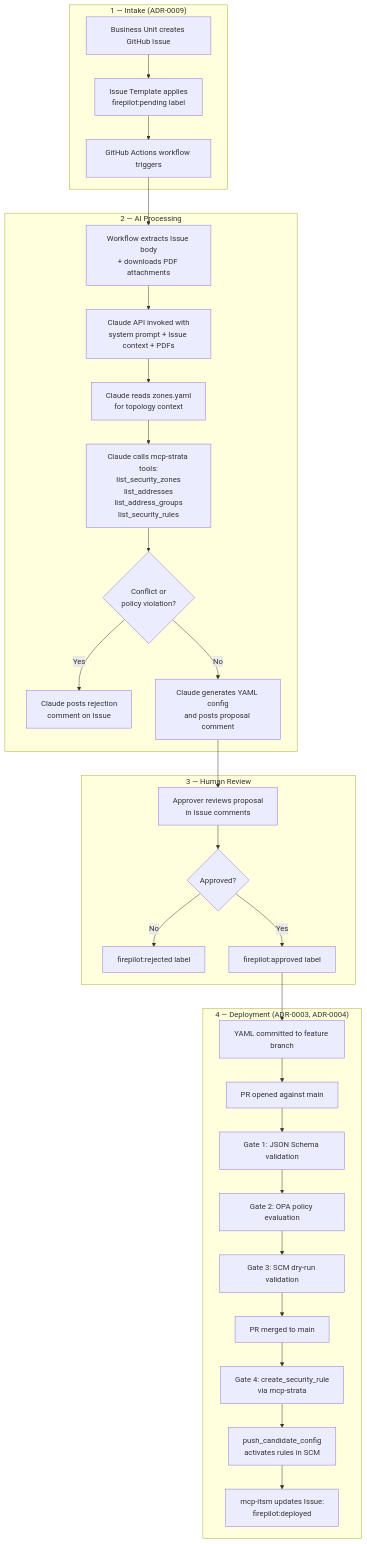
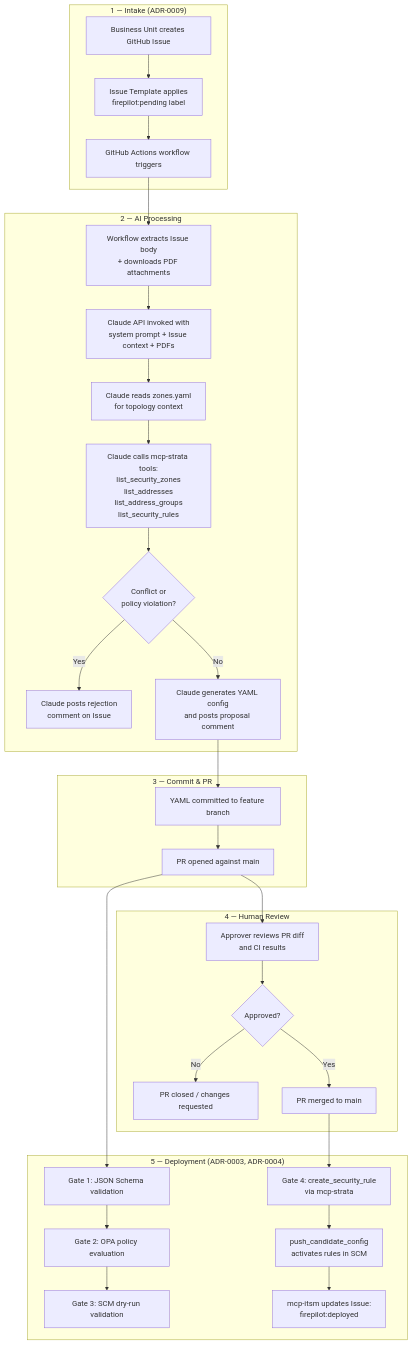
The third of 7 diagrams in docs/architecture.md (t11z/firepilot), drawn with Mermaid before and after one commit. The commit also changed other lines of this file and 10 other files, not shown here.

First line of the commit message:
feat(ci): implement ADR-0010 — eliminate comment-based approval gate

````diff
--- a/docs/architecture.md
+++ b/docs/architecture.md
@@ -116,36 +116,38 @@
 ```mermaid
 flowchart TD
     subgraph Intake ["1 — Intake (ADR-0009)"]
         A[Business Unit creates GitHub Issue] --> B[Issue Template applies<br>firepilot:pending label]
         B --> C[GitHub Actions workflow triggers]
     end
 
     subgraph Processing ["2 — AI Processing"]
         C --> D[Workflow extracts Issue body<br>+ downloads PDF attachments]
         D --> E[Claude API invoked with<br>system prompt + Issue context + PDFs]
         E --> F[Claude reads zones.yaml<br>for topology context]
         F --> G[Claude calls mcp-strata tools:<br>list_security_zones<br>list_addresses<br>list_address_groups<br>list_security_rules]
         G --> H{Conflict or<br>policy violation?}
         H -- Yes --> I[Claude posts rejection<br>comment on Issue]
         H -- No --> J[Claude generates YAML config<br>and posts proposal comment]
     end
 
-    subgraph Approval ["3 — Human Review"]
-        J --> K[Approver reviews proposal<br>in Issue comments]
-        K --> L{Approved?}
-        L -- No --> M[firepilot:rejected label]
-        L -- Yes --> N[firepilot:approved label]
+    subgraph Commit ["3 — Commit & PR"]
+        J --> O[YAML committed to feature branch]
+        O --> P[PR opened against main]
     end
 
-    subgraph Deployment ["4 — Deployment (ADR-0003, ADR-0004)"]
-        N --> O[YAML committed to feature branch]
-        O --> P[PR opened against main]
+    subgraph Approval ["4 — Human Review"]
+        P --> K[Approver reviews PR diff<br>and CI results]
+        K --> L{Approved?}
+        L -- No --> M[PR closed / changes requested]
+        L -- Yes --> T[PR merged to main]
+    end
+
+    subgraph Deployment ["5 — Deployment (ADR-0003, ADR-0004)"]
         P --> Q[Gate 1: JSON Schema validation]
         Q --> R[Gate 2: OPA policy evaluation]
         R --> S[Gate 3: SCM dry-run validation]
-        S --> T[PR merged to main]
         T --> U[Gate 4: create_security_rule<br>via mcp-strata]
         U --> V[push_candidate_config<br>activates rules in SCM]
         V --> W[mcp-itsm updates Issue:<br>firepilot:deployed]
     end
 ```
````
